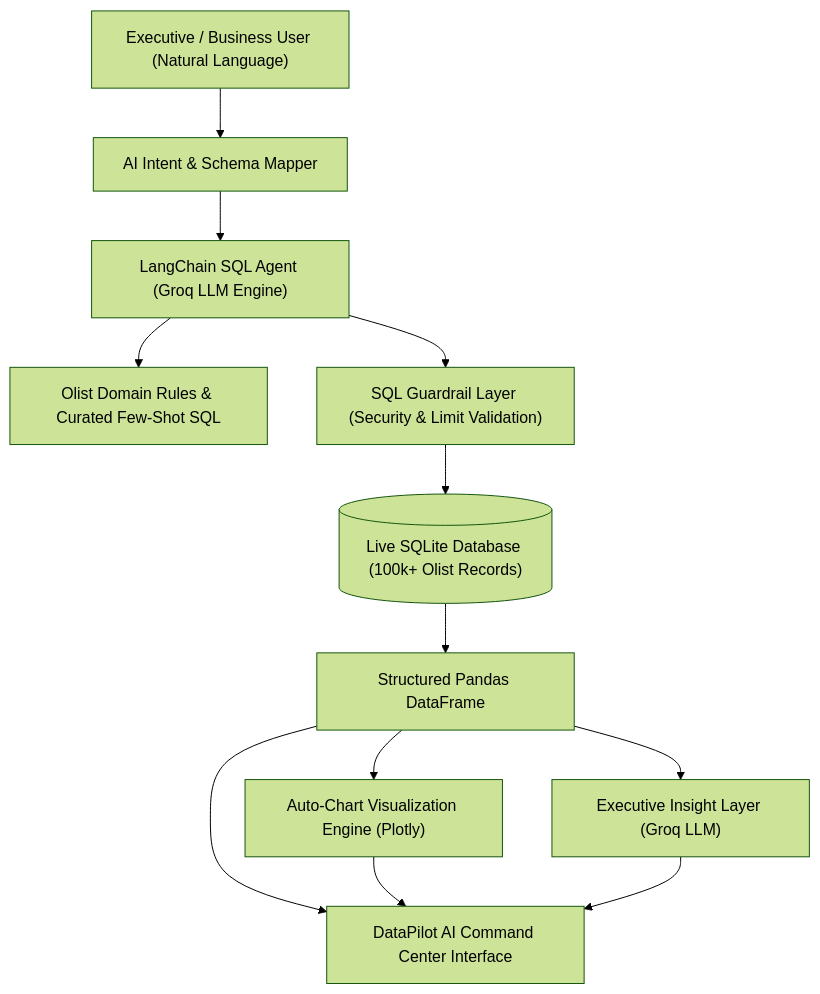
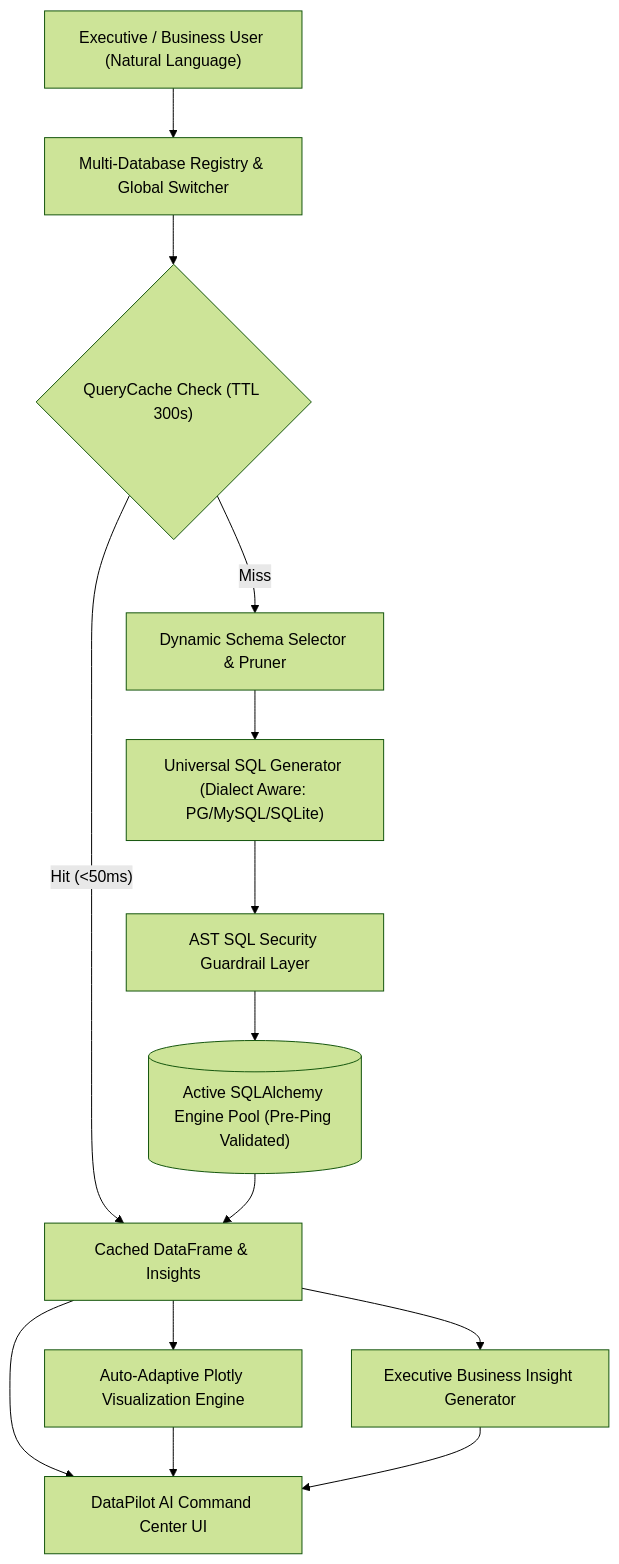
The diagram in README.md (aliibtisam1001/Datapilot-AI), drawn with Mermaid (forest theme) before and after one commit. The commit also changed other lines of this file and 2 other files, not shown here.

Commit message:
Implement Phase 9: Universal Multi-Domain Benchmark Suite, 100% Test Coverage, and Production Documentation Polish

````diff
--- a/README.md
+++ b/README.md
@@ -58,14 +68,16 @@
 ```mermaid
 graph TD
-    User["Executive / Business User (Natural Language)"] --> Intent["AI Intent & Schema Mapper"]
-    Intent --> Agent["LangChain SQL Agent (Groq LLM Engine)"]
-    Agent --> Prompts["Olist Domain Rules & Curated Few-Shot SQL"]
-    Agent --> Guardrail["SQL Guardrail Layer (Security & Limit Validation)"]
-    Guardrail --> LiveDB[("Live SQLite Database (100k+ Olist Records)")]
-    LiveDB --> ResultDF["Structured Pandas DataFrame"]
-    ResultDF --> Visualizer["Auto-Chart Visualization Engine (Plotly)"]
-    ResultDF --> Explainer["Executive Insight Layer (Groq LLM)"]
-    ResultDF --> StreamlitUI["DataPilot AI Command Center Interface"]
+    User["Executive / Business User (Natural Language)"] --> MultiDB["Multi-Database Registry & Global Switcher"]
+    MultiDB --> CacheCheck{"QueryCache Check (TTL 300s)"}
+    CacheCheck -- Hit (<50ms) --> ResultDF["Cached DataFrame & Insights"]
+    CacheCheck -- Miss --> Selector["Dynamic Schema Selector & Pruner"]
+    Selector --> Generator["Universal SQL Generator (Dialect Aware: PG/MySQL/SQLite)"]
+    Generator --> Guardrail["AST SQL Security Guardrail Layer"]
+    Guardrail --> LiveEngine[("Active SQLAlchemy Engine Pool (Pre-Ping Validated)")]
+    LiveEngine --> ResultDF
+    ResultDF --> Visualizer["Auto-Adaptive Plotly Visualization Engine"]
+    ResultDF --> Explainer["Executive Business Insight Generator"]
+    ResultDF --> StreamlitUI["DataPilot AI Command Center UI"]
     Visualizer --> StreamlitUI
     Explainer --> StreamlitUI
 ```
````
